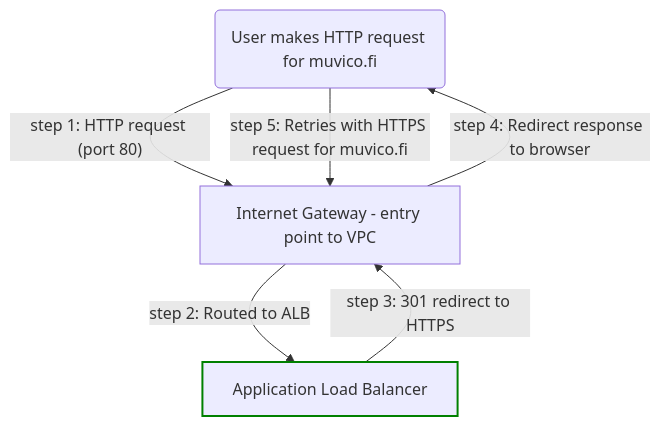
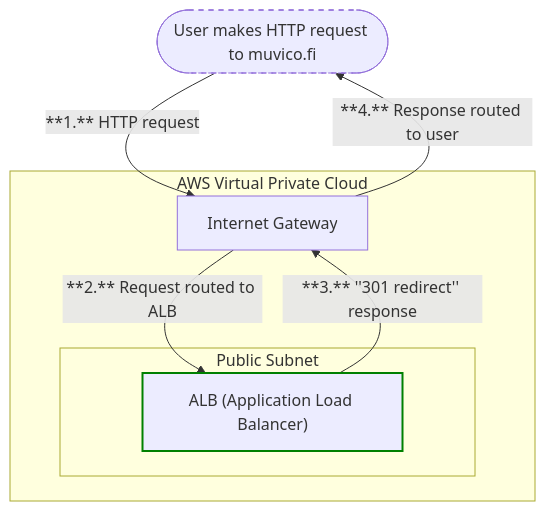
One commit to MuViCo/MuViCo changed the second of 3 diagrams in documentation/https-setup.md. Above: the diagram before and after it, drawn with Mermaid. The commit also changed other lines of this file, not shown here.

````diff
--- a/documentation/https-setup.md
+++ b/documentation/https-setup.md
@@ -182,15 +185,22 @@
 ```mermaid
 flowchart TD
-    User(User makes HTTP request for muvico.fi)
-    IGW[Internet Gateway - entry point to VPC]
-    ALB[Application Load Balancer]
+    User(["User makes HTTP request to muvico.fi"])
+    IGW["Internet Gateway"]
+    ALB["ALB (Application Load Balancer)"]:::alb
 
     classDef alb stroke:green,stroke-width:2px
+    classDef external stroke-dasharray: 5 5
 
-    User -->|"step 1: HTTP request (port 80)"| IGW
-    IGW -->|"step 2: Routed to ALB"| ALB:::alb
-    ALB -->|"step 3: 301 redirect to HTTPS"| IGW
-    IGW -->|"step 4: Redirect response to browser"| User
-    User -->|"step 5: Retries with HTTPS request for muvico.fi"| IGW
+    User:::external -->|"**1.** HTTP request"| IGW
+    IGW -->|"**2.** Request routed to ALB"| ALB
+    ALB -->|"**3.** ''301 redirect'' response"| IGW
+    IGW -->|"**4.** Response routed to user"| User
+
+    subgraph "AWS Virtual Private Cloud"
+        IGW
+        subgraph Public Subnet
+            ALB
+        end
+    end
 
 ```
````
